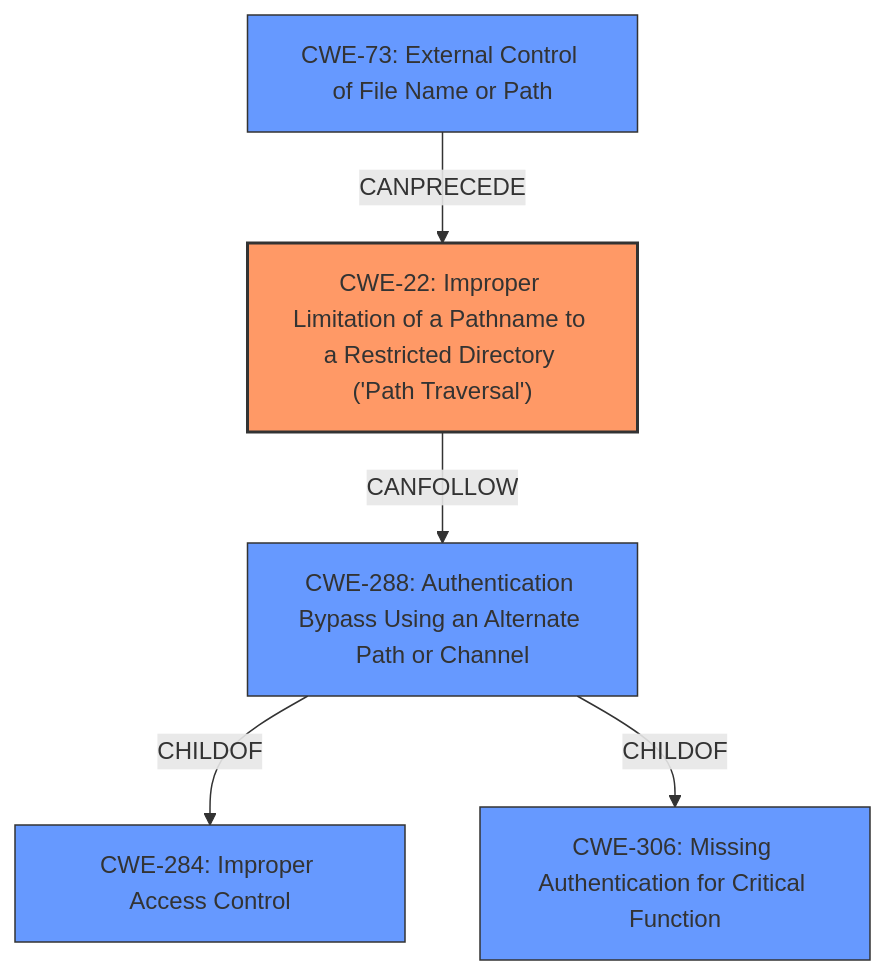
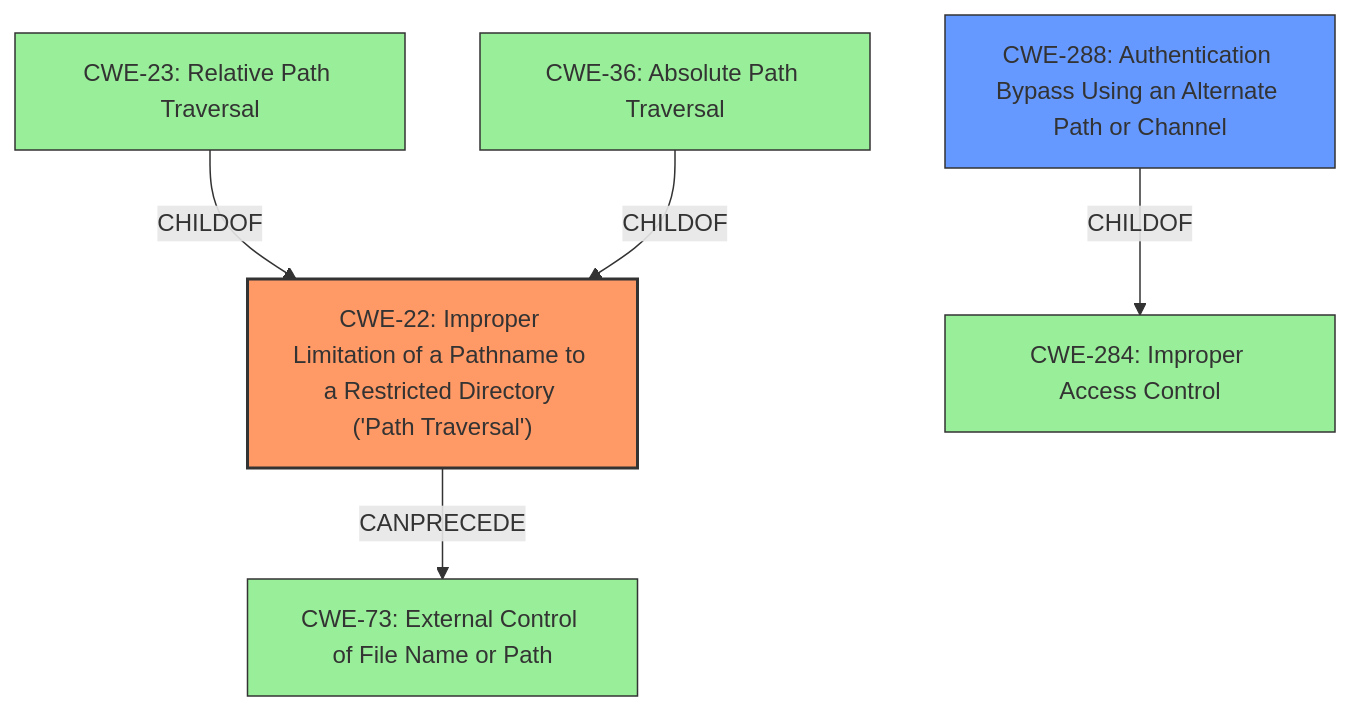
One commit to CyberSecAI/cwe_agent_assign_reports_2023 changed the diagram in CVE-2021-20090/CVE-2021-20090_analysis.md. Above: the diagram before and after it, drawn with Mermaid. The commit also changed other lines of this file and 902 other files, not shown here.

````diff
--- a/CVE-2021-20090/CVE-2021-20090_analysis.md
+++ b/CVE-2021-20090/CVE-2021-20090_analysis.md
@@ -18,19 +17,21 @@
 ```mermaid
 graph TD
     cwe22["CWE-22: Improper Limitation of a Pathname to a Restricted Directory ('Path Traversal')"]
+    cwe23["CWE-23: Relative Path Traversal"]
+    cwe36["CWE-36: Absolute Path Traversal"]
     cwe73["CWE-73: External Control of File Name or Path"]
     cwe288["CWE-288: Authentication Bypass Using an Alternate Path or Channel"]
     cwe284["CWE-284: Improper Access Control"]
-    cwe306["CWE-306: Missing Authentication for Critical Function"]
-    
-    cwe22 -->|CANFOLLOW| cwe288
-    cwe73 -->|CANPRECEDE| cwe22
+
+    cwe23 -->|CHILDOF| cwe22
+    cwe36 -->|CHILDOF| cwe22
+    cwe22 -->|CANPRECEDE| cwe73
     cwe288 -->|CHILDOF| cwe284
-    cwe288 -->|CHILDOF| cwe306
-    
+
     classDef primary fill:#f96,stroke:#333,stroke-width:2px
     classDef secondary fill:#69f,stroke:#333
     classDef tertiary fill:#9e9,stroke:#333
     class cwe22 primary
-    class cwe73,cwe288,cwe284,cwe306 secondary
+    class cwe288 secondary
+    class cwe23,cwe36,cwe73,cwe284 tertiary
 ```
````
